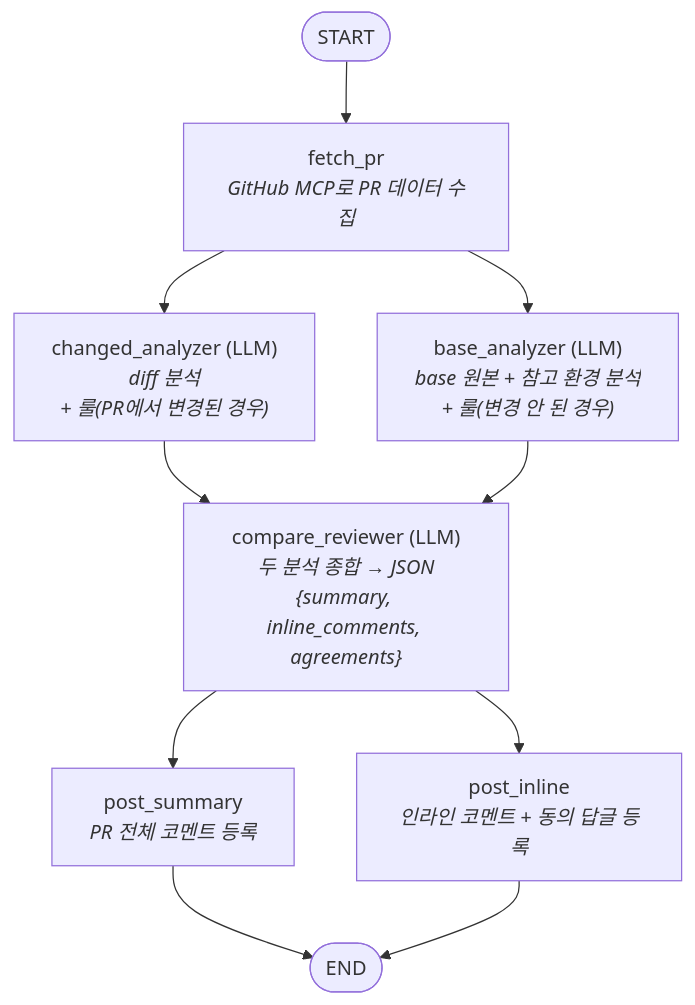
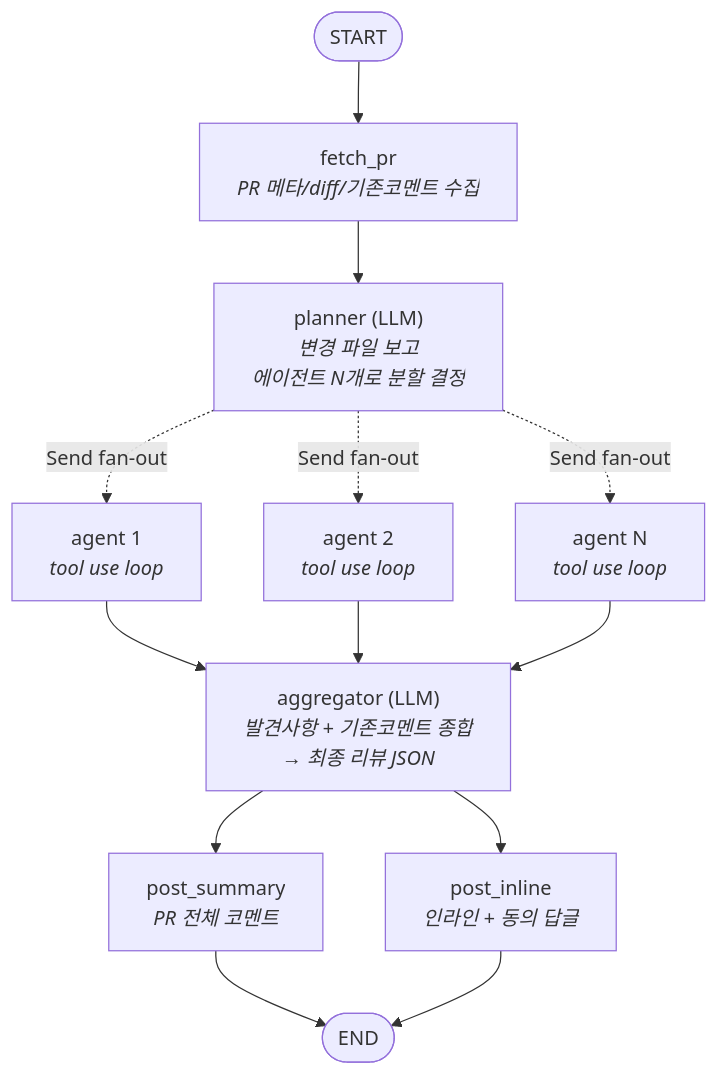
One commit to hong-p/review2 changed the diagram in README.md. Above: the diagram before and after it, drawn with Mermaid. The commit also changed other lines of this file and 9 other files, not shown here.

````diff
--- a/README.md
+++ b/README.md
@@ -9,14 +9,17 @@
 ```mermaid
 graph TD
     START([START]) --> fetch_pr
-    fetch_pr["fetch_pr<br/><i>GitHub MCP로 PR 데이터 수집</i>"]
-    fetch_pr --> changed_analyzer["changed_analyzer (LLM)<br/><i>diff 분석<br/>+ 룰(PR에서 변경된 경우)</i>"]
-    fetch_pr --> base_analyzer["base_analyzer (LLM)<br/><i>base 원본 + 참고 환경 분석<br/>+ 룰(변경 안 된 경우)</i>"]
-    changed_analyzer --> compare_reviewer
-    base_analyzer --> compare_reviewer
-    compare_reviewer["compare_reviewer (LLM)<br/><i>두 분석 종합 → JSON<br/>{summary, inline_comments, agreements}</i>"]
-    compare_reviewer --> post_summary["post_summary<br/><i>PR 전체 코멘트 등록</i>"]
-    compare_reviewer --> post_inline["post_inline<br/><i>인라인 코멘트 + 동의 답글 등록</i>"]
+    fetch_pr["fetch_pr<br/><i>PR 메타/diff/기존코멘트 수집</i>"] --> planner
+    planner["planner (LLM)<br/><i>변경 파일 보고<br/>에이전트 N개로 분할 결정</i>"]
+    planner -.Send fan-out.-> a1["agent 1<br/><i>tool use loop</i>"]
+    planner -.Send fan-out.-> a2["agent 2<br/><i>tool use loop</i>"]
+    planner -.Send fan-out.-> aN["agent N<br/><i>tool use loop</i>"]
+    a1 --> aggregator
+    a2 --> aggregator
+    aN --> aggregator
+    aggregator["aggregator (LLM)<br/><i>발견사항 + 기존코멘트 종합<br/>→ 최종 리뷰 JSON</i>"]
+    aggregator --> post_summary["post_summary<br/><i>PR 전체 코멘트</i>"]
+    aggregator --> post_inline["post_inline<br/><i>인라인 + 동의 답글</i>"]
     post_summary --> END([END])
     post_inline --> END
 ```
````
